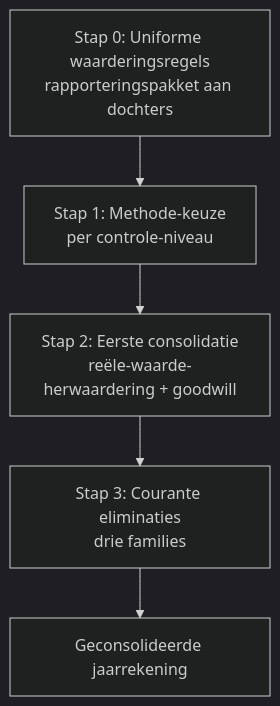
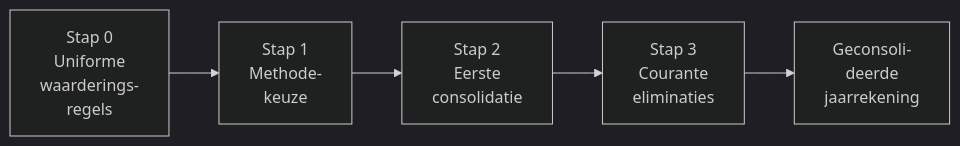
The diagram in content/leerpaden/1-4/hoe-consolideren.md (stivni/certificaid), drawn with Mermaid (dark theme) before and after one commit. The commit also changed other lines of this file and 13 other files, not shown here.

First line of the commit message:
leerstukken PO 1.4: feedback-ronde (consolidatieverschil + CBN-boeking + JR1+JR2-vertrekpunt + horizontale flow)

````diff
--- a/content/leerpaden/1-4/hoe-consolideren.md
+++ b/content/leerpaden/1-4/hoe-consolideren.md
@@ -21,9 +21,9 @@
 ```mermaid
-flowchart TD
-    S0[Stap 0: Uniforme waarderingsregels<br/>rapporteringspakket aan dochters]
-    S1[Stap 1: Methode-keuze<br/>per controle-niveau]
-    S2[Stap 2: Eerste consolidatie<br/>reële-waarde-herwaardering + goodwill]
-    S3[Stap 3: Courante eliminaties<br/>drie families]
-    OUT[Geconsolideerde jaarrekening]
+flowchart LR
+    S0[Stap 0<br/>Uniforme<br/>waarderings-<br/>regels]
+    S1[Stap 1<br/>Methode-<br/>keuze]
+    S2[Stap 2<br/>Eerste<br/>consolidatie]
+    S3[Stap 3<br/>Courante<br/>eliminaties]
+    OUT[Geconsoli-<br/>deerde<br/>jaarrekening]
     S0 --> S1 --> S2 --> S3 --> OUT
 ```
````
